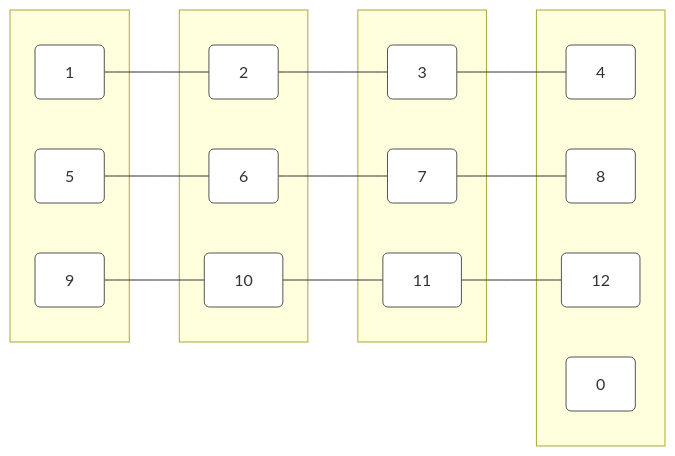
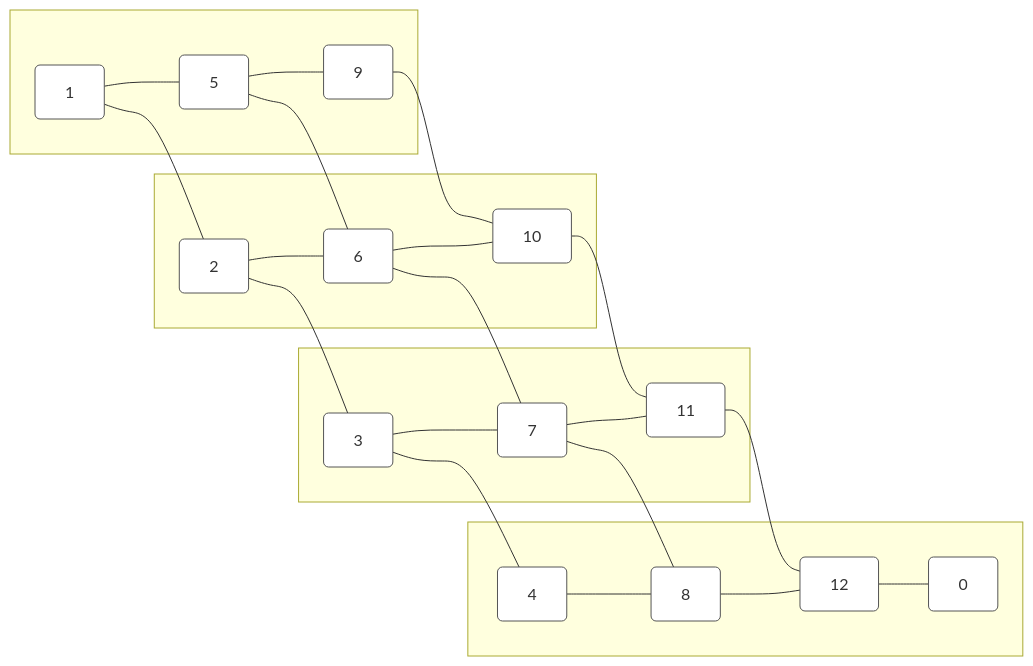
The second of 2 diagrams in README.md (athena-tircgo/amr-lsj), drawn with Mermaid before and after one commit.

````diff
--- a/README.md
+++ b/README.md
@@ -50,39 +50,47 @@
 ```mermaid
 graph LR
     %% 樣式設定
     classDef node fill:#fff,stroke:#555,stroke-width:1px,rx:5,ry:5;
 
     %% 第一欄
     subgraph col1[ ]
         A1[1]:::node
         A2[5]:::node
         A3[9]:::node
     end
 
     %% 第二欄
     subgraph col2[ ]
         A4[2]:::node
         A5[6]:::node
         A6[10]:::node
     end
 
     %% 第三欄
     subgraph col3[ ]
         A7[3]:::node
         A8[7]:::node
         A9[11]:::node
     end
 
     %% 第四欄
     subgraph col4[ ]
         A10[4]:::node
         A11[8]:::node
         A12[12]:::node
         A13[0]:::node
     end
 
     %% 橫向連線
     A1 --- A4 --- A7 --- A10
     A2 --- A5 --- A8 --- A11
     A3 --- A6 --- A9 --- A12
+
+    %% 垂直連線
+    A1 --- A2 --- A3
+    A4 --- A5 --- A6
+    A7 --- A8 --- A9
+    A10 --- A11 --- A12 --- A13
+
+
 ```
````
